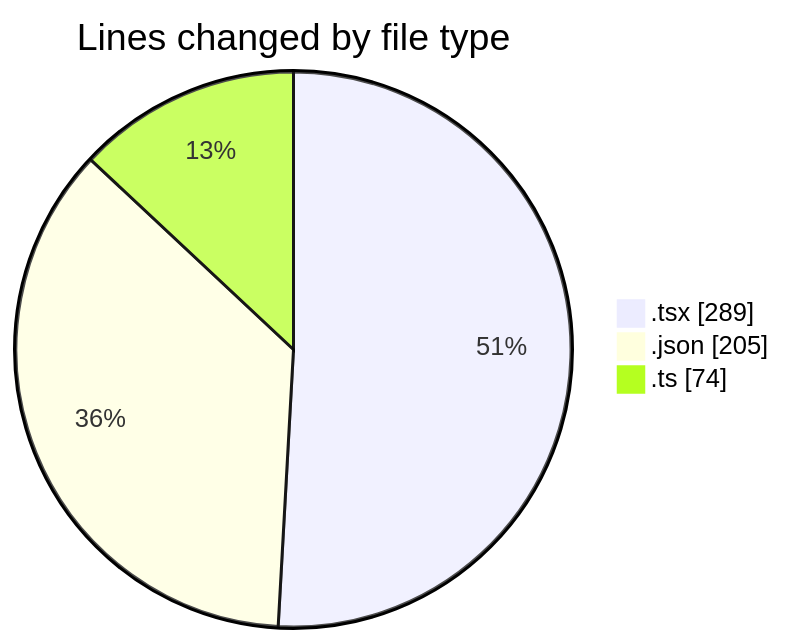
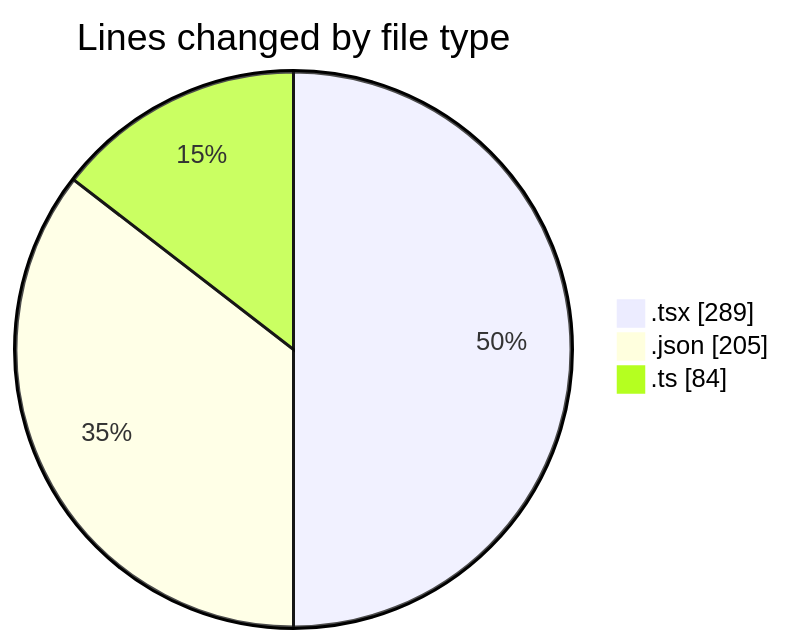
One commit to Elitesun/code-tracking changed the first of 2 diagrams in 2025-04-30/niten/README.md. Above: the diagram before and after it, drawn with Mermaid. The commit also changed other lines of this file and 1 other file, not shown here.

````diff
--- a/2025-04-30/niten/README.md
+++ b/2025-04-30/niten/README.md
@@ -28,7 +28,7 @@
 ```mermaid
 pie showData
 title Lines changed by file type
 ".tsx" : 289
 ".json" : 205
-".ts" : 74
+".ts" : 84
 ```
````
